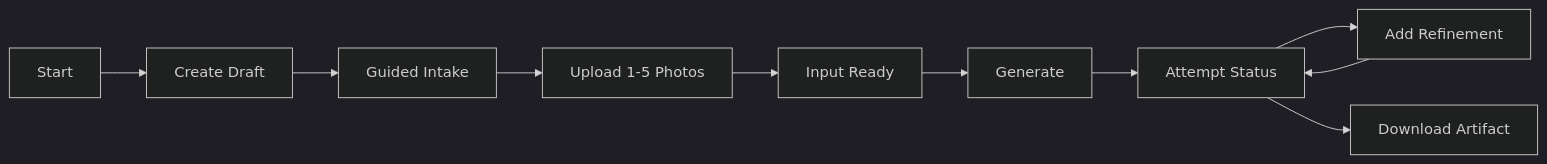
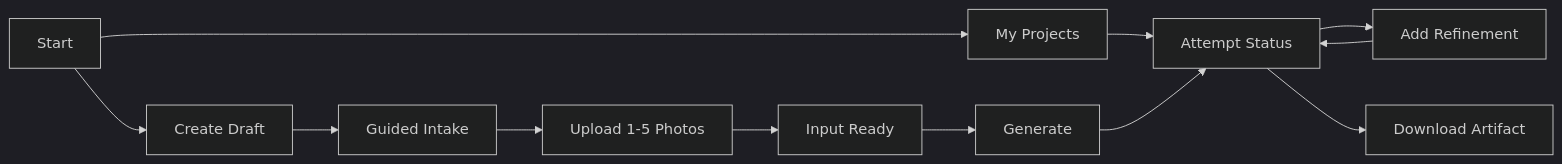
Before and after one commit to tongking6/ai-artist: the diagram in docs/ai-artist/lld/milestone-1-lld-01-website-intake-status-delivery.md, drawn with Mermaid (dark theme). The commit also changed other lines of this file and 42 other files, not shown here.

````diff
--- a/docs/ai-artist/lld/milestone-1-lld-01-website-intake-status-delivery.md
+++ b/docs/ai-artist/lld/milestone-1-lld-01-website-intake-status-delivery.md
@@ -43,12 +44,14 @@
 ```mermaid
 flowchart LR
   Start["Start"] --> Draft["Create Draft"]
+  Start --> Projects["My Projects"]
+  Projects --> Status
   Draft --> Intake["Guided Intake"]
   Intake --> Upload["Upload 1-5 Photos"]
   Upload --> Ready["Input Ready"]
   Ready --> Generate["Generate"]
   Generate --> Status["Attempt Status"]
   Status --> Refine["Add Refinement"]
   Refine --> Status
   Status --> Delivery["Download Artifact"]
 ```
````
